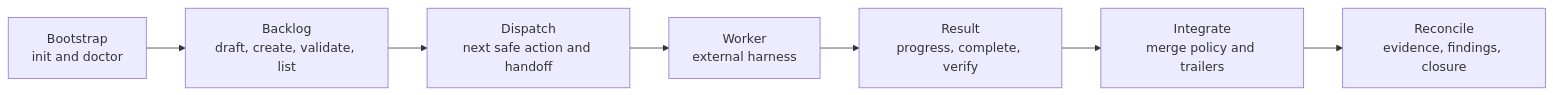
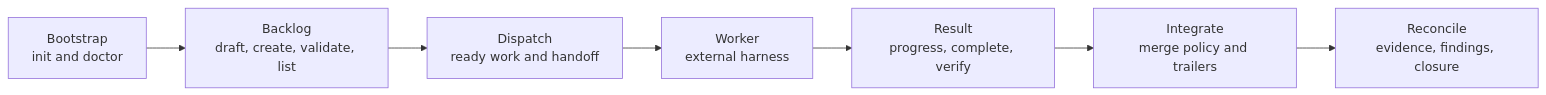
Before and after one commit to junousia/platypus-mcp: the diagram in docs/tools.md, drawn with Mermaid. The commit also changed other lines of this file and 11 other files, not shown here.

First line of the commit message:
Add batch dispatch handoff workflow

````diff
--- a/docs/tools.md
+++ b/docs/tools.md
@@ -58,12 +59,12 @@
 ```mermaid
 flowchart LR
     bootstrap["Bootstrap<br/>init and doctor"]
     backlog["Backlog<br/>draft, create, validate, list"]
-    dispatch["Dispatch<br/>next safe action and handoff"]
+    dispatch["Dispatch<br/>ready work and handoff"]
     worker["Worker<br/>external harness"]
     result["Result<br/>progress, complete, verify"]
     integrate["Integrate<br/>merge policy and trailers"]
     reconcile["Reconcile<br/>evidence, findings, closure"]
 
     bootstrap --> backlog --> dispatch --> worker --> result --> integrate --> reconcile
 ```
````
